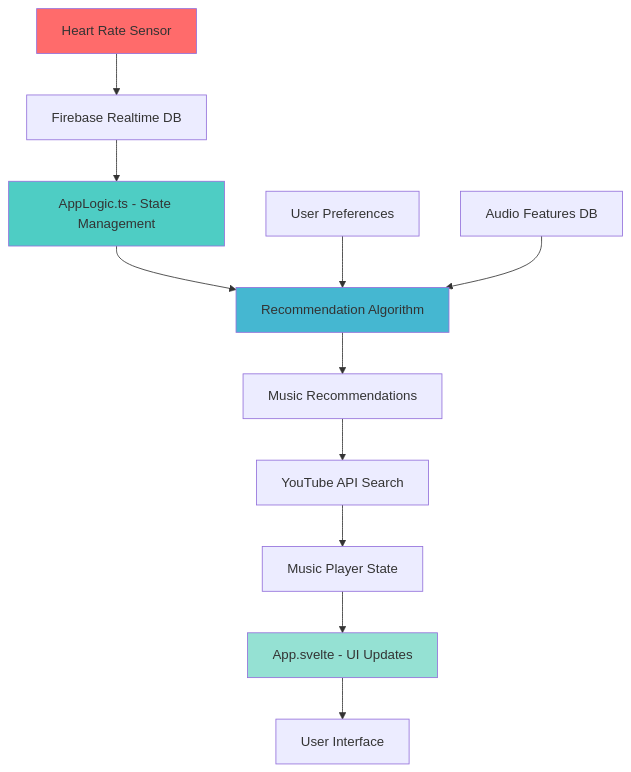
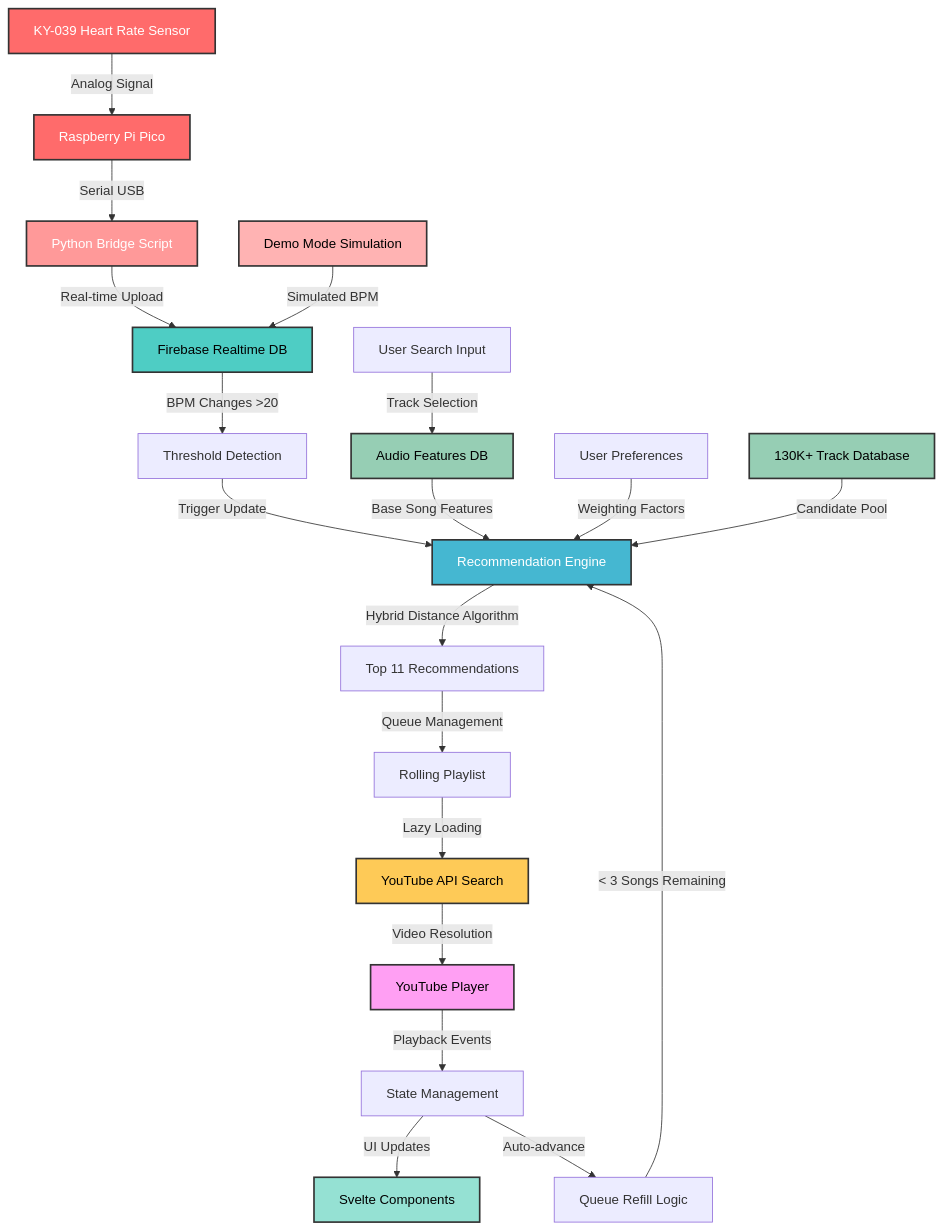
Before and after one commit to joowonkime/HeartRate-MusicPlayer: the diagram in README.md, drawn with Mermaid. The commit also changed other lines of this file and 3 other files, not shown here.

Commit message:
added demo mode, modified README

````diff
--- a/README.md
+++ b/README.md
@@ -63,21 +132,48 @@
 ```mermaid
 graph TD
-    A[Heart Rate Sensor] --> B[Firebase Realtime DB]
-    B --> C[AppLogic.ts - State Management]
-    C --> D[Recommendation Algorithm]
+    A[KY-039 Heart Rate Sensor] -->|Analog Signal| B[Raspberry Pi Pico]
+    B -->|Serial USB| C[Python Bridge Script]
+    C -->|Real-time Upload| D[Firebase Realtime DB]
     
-    E[User Preferences] --> D
-    F[Audio Features DB] --> D
+    A2[Demo Mode Simulation] -->|Simulated BPM| D
     
-    D --> G[Music Recommendations]
-    G --> H[YouTube API Search]
-    H --> I[Music Player State]
+    D -->|BPM Changes >20| E[Threshold Detection]
+    E -->|Trigger Update| F[Recommendation Engine]
     
-    I --> J[App.svelte - UI Updates]
-    J --> K[User Interface]
+    G[User Search Input] -->|Track Selection| H[Audio Features DB]
+    H -->|Base Song Features| F
     
-    style A fill:#ff6b6b
-    style C fill:#4ecdc4
-    style D fill:#45b7d1
-    style J fill:#95e1d3
+    I[User Preferences] -->|Weighting Factors| F
+    J[130K+ Track Database] -->|Candidate Pool| F
+    
+    F -->|Hybrid Distance Algorithm| K[Top 11 Recommendations]
+    K -->|Queue Management| L[Rolling Playlist]
+    
+    L -->|Lazy Loading| M[YouTube API Search]
+    M -->|Video Resolution| N[YouTube Player]
+    
+    N -->|Playback Events| O[State Management]
+    O -->|UI Updates| P[Svelte Components]
+    O -->|Auto-advance| Q[Queue Refill Logic]
+    Q -->|< 3 Songs Remaining| F
+    
+    classDef hardware fill:#ff6b6b,stroke:#333,stroke-width:2px,color:#fff
+    classDef bridge fill:#ff9999,stroke:#333,stroke-width:2px,color:#fff
+    classDef firebase fill:#4ecdc4,stroke:#333,stroke-width:2px,color:#000
+    classDef algorithm fill:#45b7d1,stroke:#333,stroke-width:2px,color:#fff
+    classDef database fill:#96ceb4,stroke:#333,stroke-width:2px,color:#000
+    classDef youtube fill:#feca57,stroke:#333,stroke-width:2px,color:#000
+    classDef player fill:#ff9ff3,stroke:#333,stroke-width:2px,color:#000
+    classDef ui fill:#95e1d3,stroke:#333,stroke-width:2px,color:#000
+    classDef demo fill:#ffb3b3,stroke:#333,stroke-width:2px,color:#000
+    
+    class A,B hardware
+    class C bridge
+    class A2 demo
+    class D firebase
+    class F algorithm
+    class H,J database
+    class M youtube
+    class N player
+    class P ui
 ```
````
